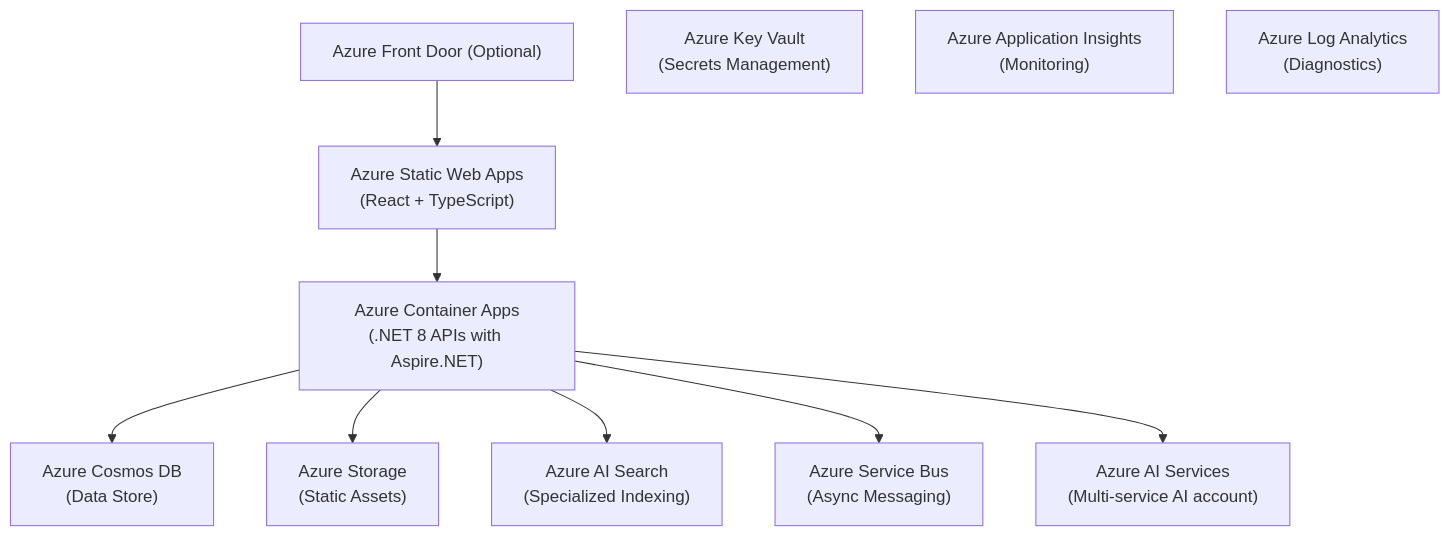
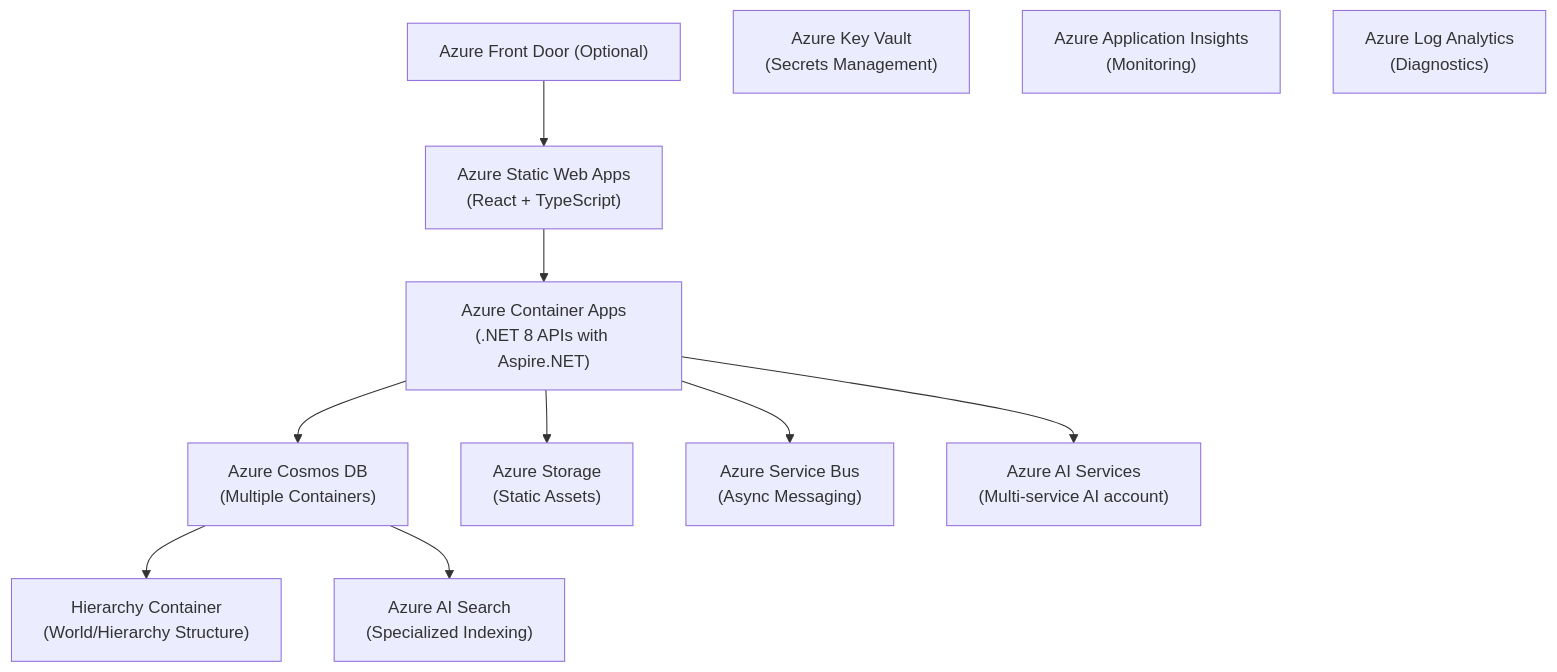
One commit to PlagueHO/libris-maleficarum changed the second of 2 diagrams in DESIGN.md. Above: the diagram before and after it, drawn with Mermaid. The commit also changed other lines of this file, not shown here.

Commit message:
Fix typos and enhance design document clarity for Azure Cosmos DB structure and data model

````diff
--- a/DESIGN.md
+++ b/DESIGN.md
@@ -149,27 +173,29 @@
 ```mermaid
 graph TD
     AzureFrontDoor["Azure Front Door (Optional)"]
     StaticWebApps["Azure Static Web Apps<br/>(React + TypeScript)"]
     ContainerApps["Azure Container Apps<br/>(.NET 8 APIs with Aspire.NET)"]
-    CosmosDB["Azure Cosmos DB<br/>(Data Store)"]
+    CosmosDB["Azure Cosmos DB<br/>(Multiple Containers)"]
+    HierarchyContainer["Hierarchy Container<br/>(World/Hierarchy Structure)"]
     AzureStorage["Azure Storage<br/>(Static Assets)"]
     AISearch["Azure AI Search<br/>(Specialized Indexing)"]
     ServiceBus["Azure Service Bus<br/>(Async Messaging)"]
     AIServices["Azure AI Services<br/>(Multi-service AI account)"]
     KeyVault["Azure Key Vault<br/>(Secrets Management)"]
     AppInsights["Azure Application Insights<br/>(Monitoring)"]
     LogAnalytics["Azure Log Analytics<br/>(Diagnostics)"]
 
     AzureFrontDoor --> StaticWebApps
     StaticWebApps --> ContainerApps
     ContainerApps --> CosmosDB
+    CosmosDB --> HierarchyContainer
+    CosmosDB --> AISearch
     ContainerApps --> AzureStorage
-    ContainerApps --> AISearch
     ContainerApps --> ServiceBus
     ContainerApps --> AIServices
 
     %% Standalone monitoring and secrets boxes
     KeyVault
     AppInsights
     LogAnalytics
 ```
````
